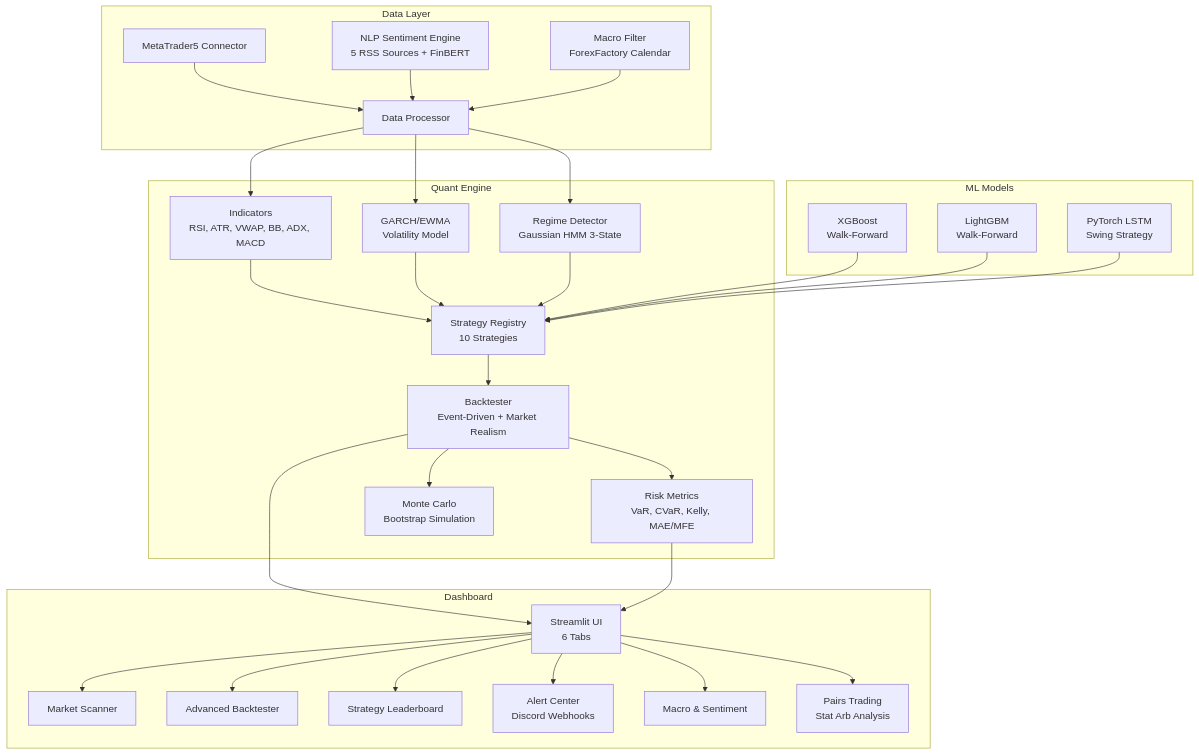
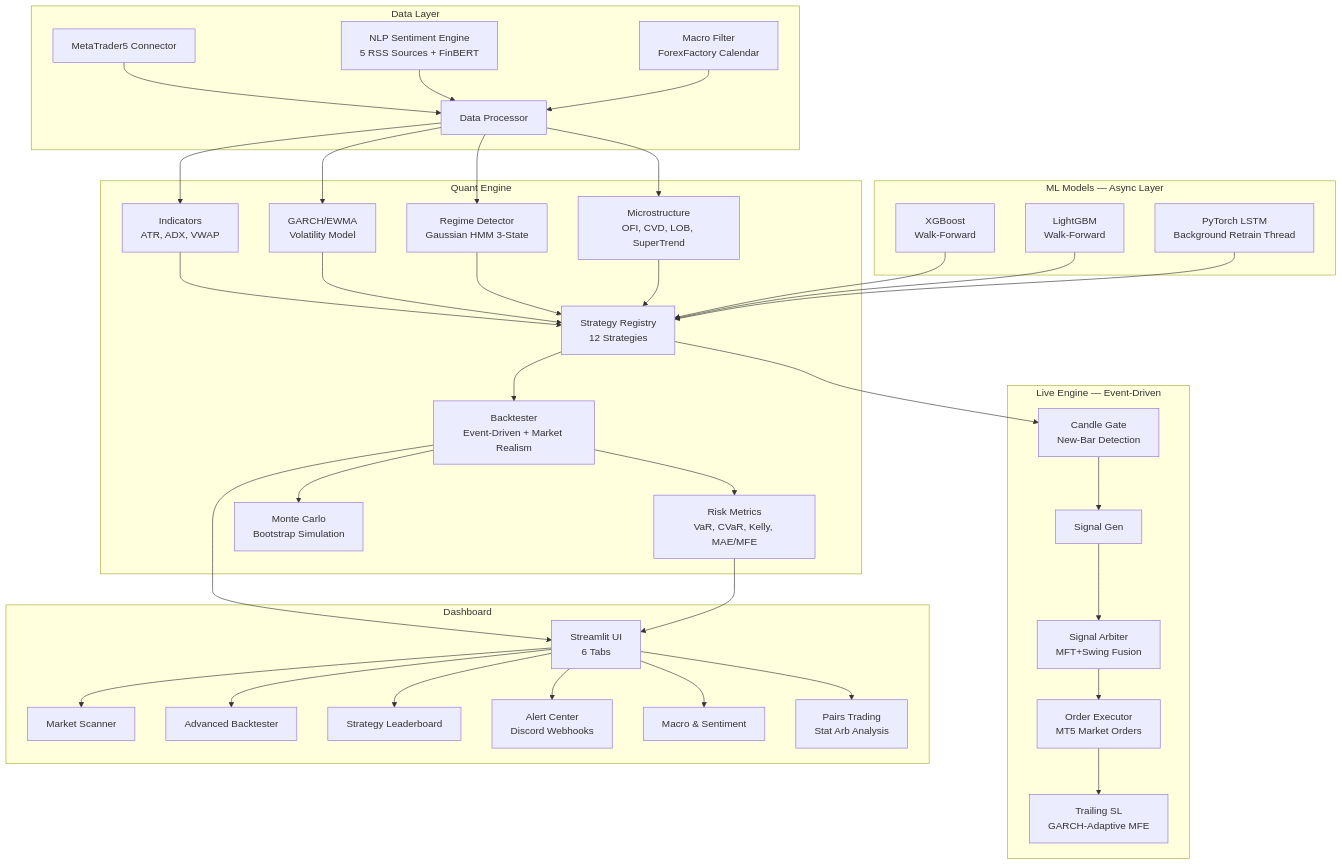
Before and after one commit to Ad1xon/Trading_dashboard: the first of 2 diagrams in README.md, drawn with Mermaid. The commit also changed other lines of this file and 9 other files, not shown here.

Commit message:
add live engine and config to it, create example env file, add tests, microstructure indicators and update requirements, gitignore and README

````diff
--- a/README.md
+++ b/README.md
@@ -9,38 +9,48 @@
 ```mermaid
 graph TB
     subgraph Data Layer
         MT5["MetaTrader5 Connector"] --> DP["Data Processor"]
         NLP["NLP Sentiment Engine<br/>5 RSS Sources + FinBERT"] --> DP
         MACRO["Macro Filter<br/>ForexFactory Calendar"] --> DP
     end
 
     subgraph Quant Engine
-        DP --> IND["Indicators<br/>RSI, ATR, VWAP, BB, ADX, MACD"]
+        DP --> IND["Indicators<br/>ATR, ADX, VWAP"]
         DP --> GARCH["GARCH/EWMA<br/>Volatility Model"]
         DP --> HMM["Regime Detector<br/>Gaussian HMM 3-State"]
-        IND --> STRAT["Strategy Registry<br/>10 Strategies"]
+        DP --> MICRO["Microstructure<br/>OFI, CVD, LOB, SuperTrend"]
+        IND --> STRAT["Strategy Registry<br/>12 Strategies"]
         GARCH --> STRAT
         HMM --> STRAT
+        MICRO --> STRAT
         STRAT --> BT["Backtester<br/>Event-Driven + Market Realism"]
         BT --> RISK["Risk Metrics<br/>VaR, CVaR, Kelly, MAE/MFE"]
         BT --> MC["Monte Carlo<br/>Bootstrap Simulation"]
     end
 
-    subgraph ML Models
+    subgraph ML_Models ["ML Models — Async Layer"]
         XGB["XGBoost<br/>Walk-Forward"] --> STRAT
         LGBM["LightGBM<br/>Walk-Forward"] --> STRAT
-        LSTM["PyTorch LSTM<br/>Swing Strategy"] --> STRAT
+        LSTM["PyTorch LSTM<br/>Background Retrain Thread"] --> STRAT
+    end
+
+    subgraph Live_Engine ["Live Engine — Event-Driven"]
+        CANDLE["Candle Gate<br/>New-Bar Detection"] --> SIG["Signal Gen"]
+        SIG --> ARB["Signal Arbiter<br/>MFT+Swing Fusion"]
+        ARB --> EXEC["Order Executor<br/>MT5 Market Orders"]
+        EXEC --> TRAIL["Trailing SL<br/>GARCH-Adaptive MFE"]
     end
 
     subgraph Dashboard
         ST["Streamlit UI<br/>6 Tabs"] --> SCAN["Market Scanner"]
         ST --> BTVIEW["Advanced Backtester"]
         ST --> LEAD["Strategy Leaderboard"]
         ST --> ALERT["Alert Center<br/>Discord Webhooks"]
         ST --> SENT["Macro & Sentiment"]
         ST --> PAIRS["Pairs Trading<br/>Stat Arb Analysis"]
     end
 
     BT --> ST
     RISK --> ST
+    STRAT --> CANDLE
 ```
````
